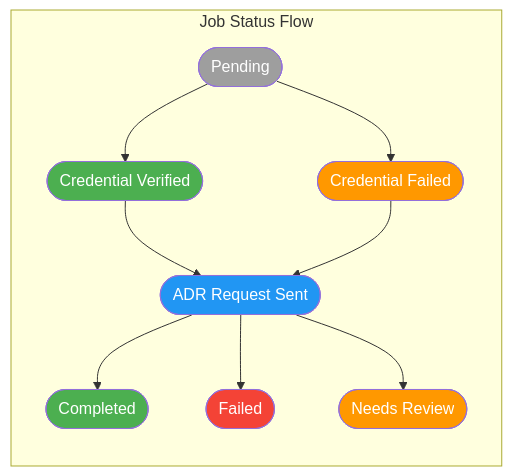
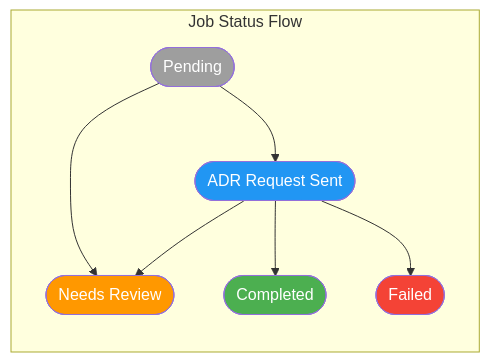
The diagram in Documents/Business/diagrams/adr-job-lifecycle.mmd (lcassin/Scheduler_Platform), drawn with Mermaid before and after one commit. The commit also changed 4 other files, not shown here.

First line of the commit message:
docs: Update ADR diagrams to reflect rebill processing flow

```diff
--- a/Documents/Business/diagrams/adr-job-lifecycle.mmd
+++ b/Documents/Business/diagrams/adr-job-lifecycle.mmd
@@ -1,18 +1,14 @@
 flowchart LR
     subgraph "Job Status Flow"
-        Pending([Pending]) --> CredVerified([Credential Verified])
-        Pending --> CredFailed([Credential Failed])
-        CredVerified --> RequestSent([ADR Request Sent])
-        CredFailed --> RequestSent
+        Pending([Pending]) --> RequestSent([ADR Request Sent])
+        Pending --> NeedsReview([Needs Review])
         RequestSent --> Completed([Completed])
         RequestSent --> Failed([Failed])
-        RequestSent --> NeedsReview([Needs Review])
+        RequestSent --> NeedsReview
     end
     
     style Pending fill:#9e9e9e,color:white
-    style CredVerified fill:#4CAF50,color:white
-    style CredFailed fill:#ff9800,color:white
     style RequestSent fill:#2196F3,color:white
     style Completed fill:#4CAF50,color:white
     style Failed fill:#f44336,color:white
     style NeedsReview fill:#ff9800,color:white
```
